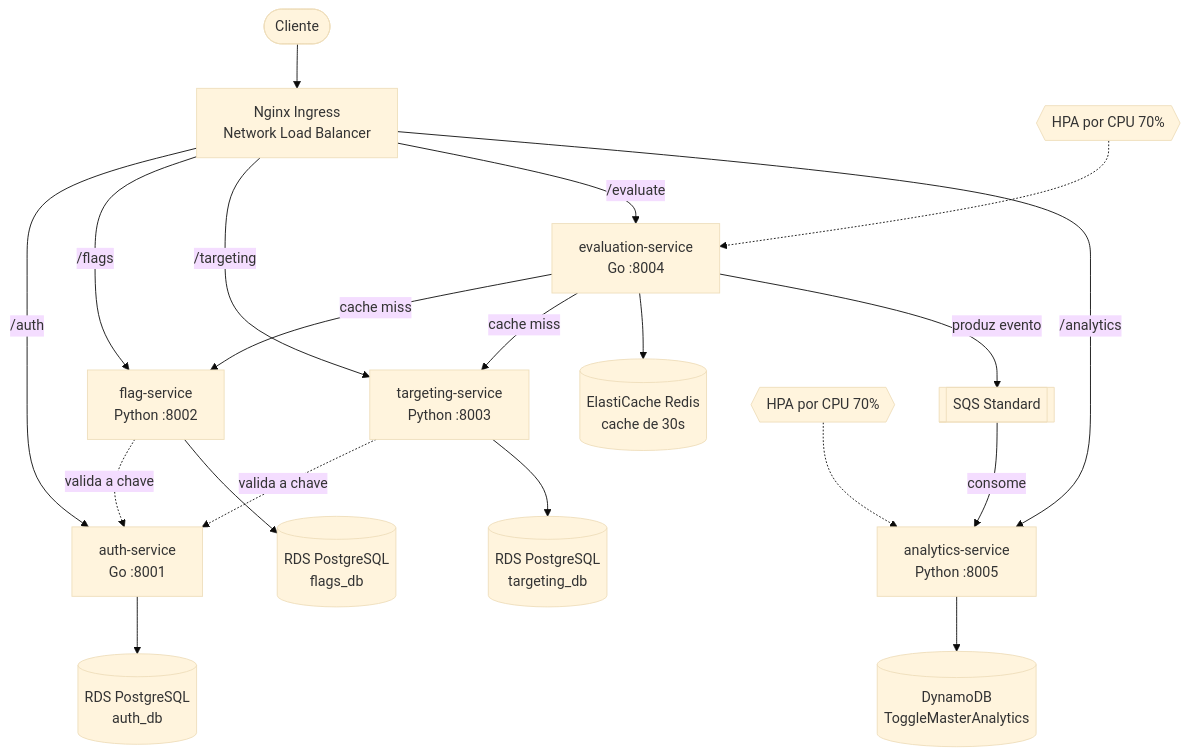
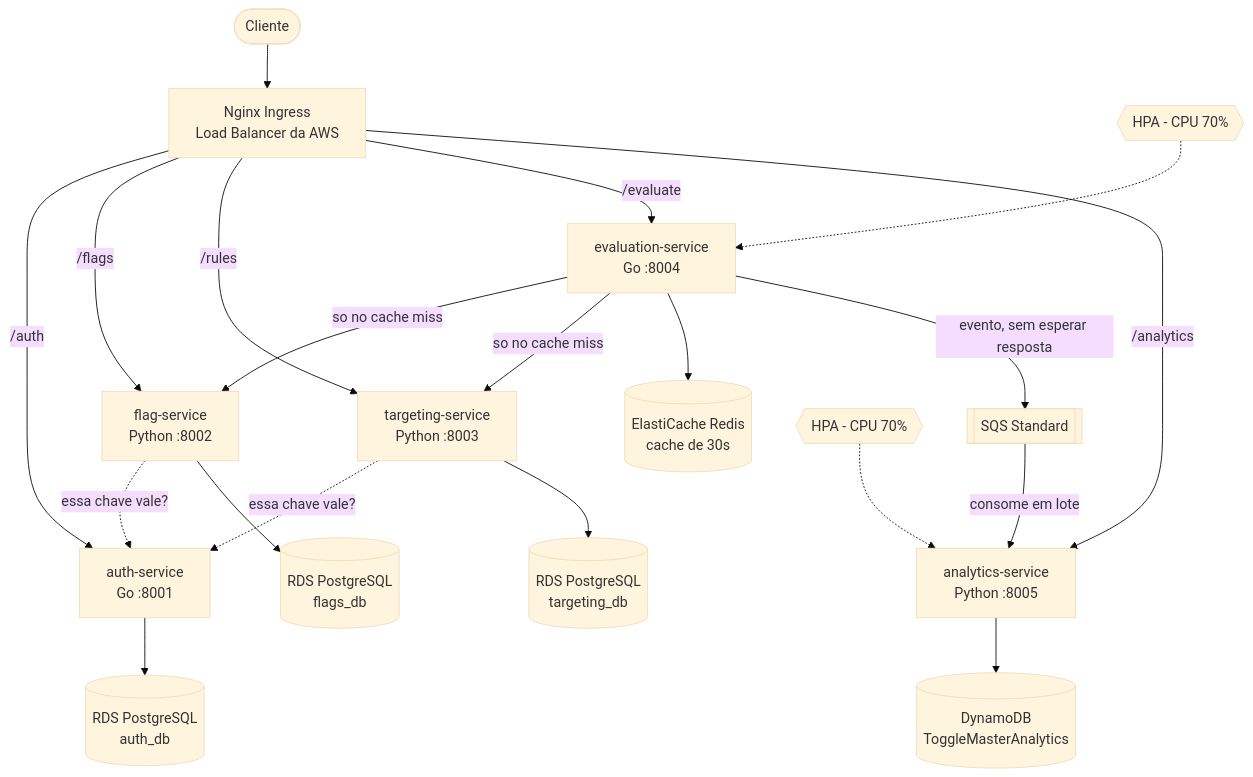
Before and after one commit to s1nistr0/fiap-tech-challenge-fase2: the diagram in README.md, drawn with Mermaid (base theme). The commit also changed other lines of this file and 9 other files, not shown here.

Commit message:
manifestos k8s dos 5 servicos com hpa e ingress

````diff
--- a/README.md
+++ b/README.md
@@ -10,27 +44,27 @@
 ```mermaid
 flowchart TB
-    user([Cliente]) --> ing[Nginx Ingress<br/>Network Load Balancer]
+    user([Cliente]) --> ing[Nginx Ingress<br/>Load Balancer da AWS]
 
     ing -->|/auth| auth[auth-service<br/>Go :8001]
     ing -->|/flags| flag[flag-service<br/>Python :8002]
-    ing -->|/targeting| targ[targeting-service<br/>Python :8003]
+    ing -->|/rules| targ[targeting-service<br/>Python :8003]
     ing -->|/evaluate| eval[evaluation-service<br/>Go :8004]
     ing -->|/analytics| ana[analytics-service<br/>Python :8005]
 
-    flag -.->|valida a chave| auth
-    targ -.->|valida a chave| auth
-    eval -->|cache miss| flag
-    eval -->|cache miss| targ
+    flag -.->|essa chave vale?| auth
+    targ -.->|essa chave vale?| auth
+    eval -->|so no cache miss| flag
+    eval -->|so no cache miss| targ
 
     auth --> rds1[(RDS PostgreSQL<br/>auth_db)]
     flag --> rds2[(RDS PostgreSQL<br/>flags_db)]
     targ --> rds3[(RDS PostgreSQL<br/>targeting_db)]
     eval --> redis[(ElastiCache Redis<br/>cache de 30s)]
 
-    eval -->|produz evento| sqs[[SQS Standard]]
-    sqs -->|consome| ana
+    eval -->|evento, sem esperar resposta| sqs[[SQS Standard]]
+    sqs -->|consome em lote| ana
     ana --> dynamo[(DynamoDB<br/>ToggleMasterAnalytics)]
 
-    hpa1{{HPA por CPU 70%}} -.-> eval
-    hpa2{{HPA por CPU 70%}} -.-> ana
+    hpa1{{HPA - CPU 70%}} -.-> eval
+    hpa2{{HPA - CPU 70%}} -.-> ana
 ```
````
